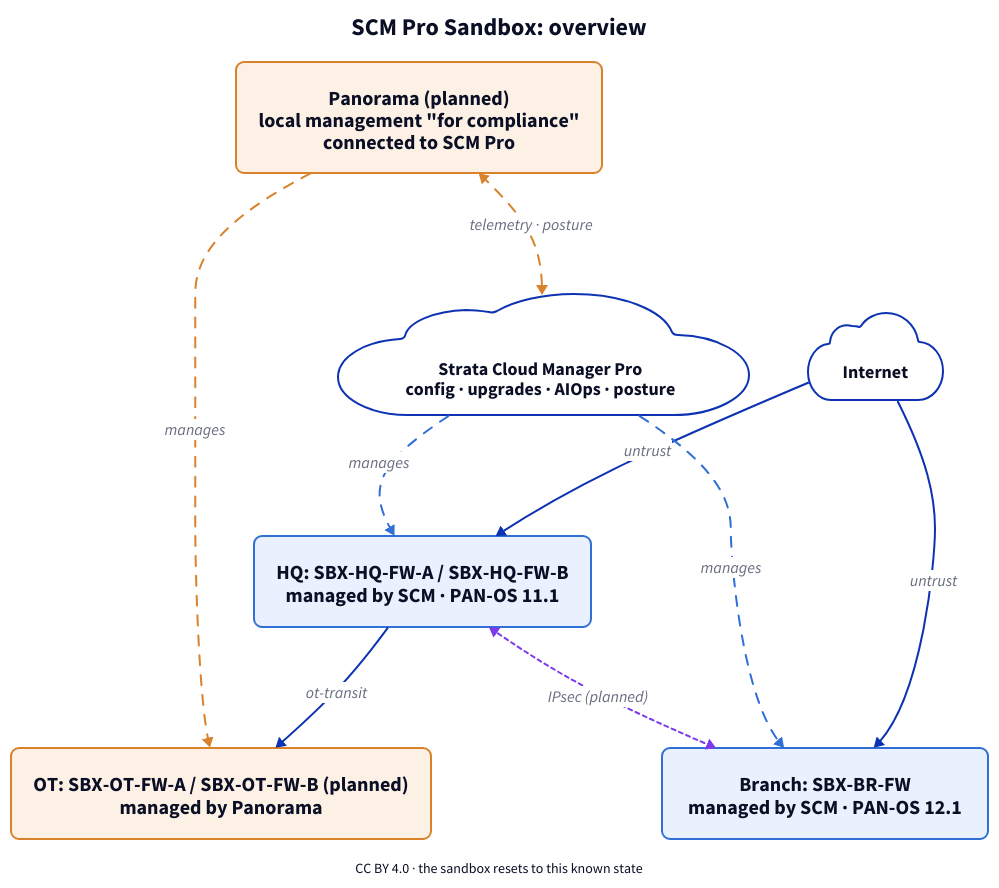
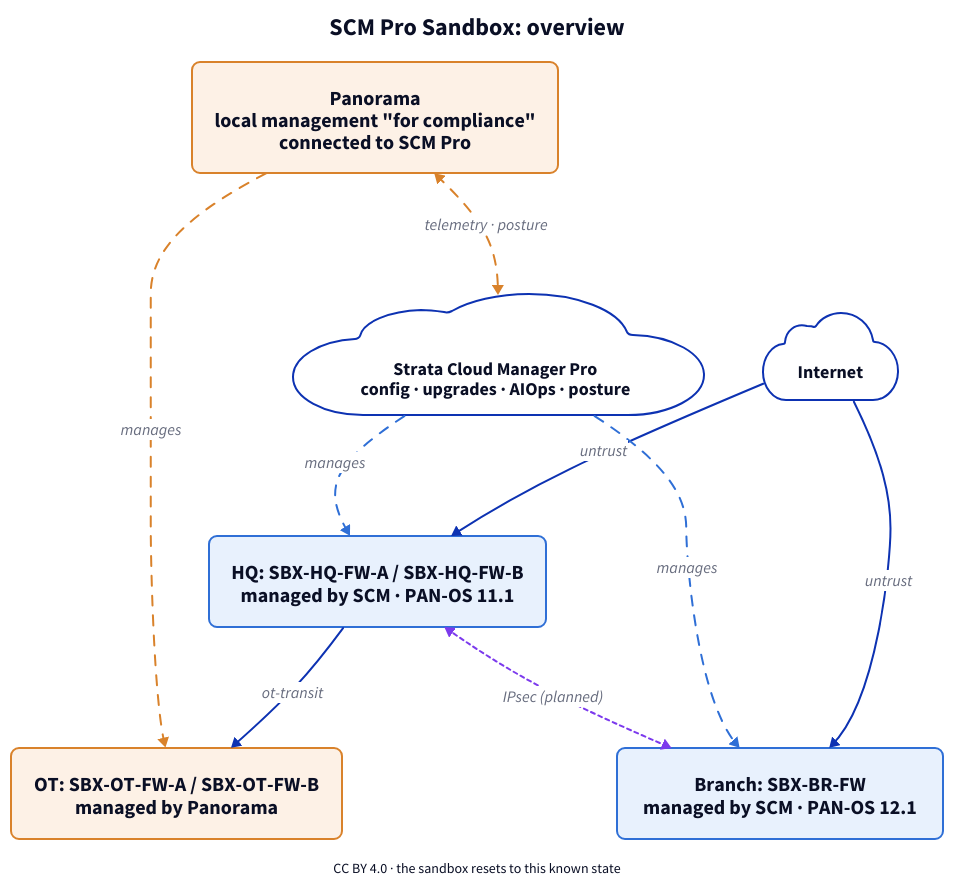
The diagram in drawings/overview.d2 (gegrsyn/SCMPro-Sandbox), drawn with D2 before and after one commit. The commit also changed 6 other files, not shown here.

```diff
--- a/drawings/overview.d2
+++ b/drawings/overview.d2
@@ -1,36 +1,36 @@
 direction: down
 title: "SCM Pro Sandbox: overview" {near: top-center; shape: text; style.font-size: 24; style.bold: true}
 
 scm: {
   label: "Strata Cloud Manager Pro\nconfig · upgrades · AIOps · posture"
   shape: cloud; style: {font-size: 18}
 }
 internet: {
   label: "Internet"
   shape: cloud; style: {font-size: 18}
 }
 hq: {
   label: "HQ: SBX-HQ-FW-A / SBX-HQ-FW-B\nmanaged by SCM · PAN-OS 11.1"
   style: {fill: "#e8f1fd"; stroke: "#2f6fd6"; border-radius: 8; font-size: 20}
 }
 internet -> hq: "untrust" {style: {font-size: 16}}
 scm -> hq: manages {style: {stroke: "#2f6fd6"; stroke-dash: 5; font-size: 16}}
 branch: {
   label: "Branch: SBX-BR-FW\nmanaged by SCM · PAN-OS 12.1"
   style: {fill: "#e8f1fd"; stroke: "#2f6fd6"; border-radius: 8; font-size: 20}
 }
 internet -> branch: "untrust" {style: {font-size: 16}}
 scm -> branch: manages {style: {stroke: "#2f6fd6"; stroke-dash: 5; font-size: 16}}
 hq <-> branch: "IPsec (planned)" {style: {stroke: "#7c3aed"; stroke-dash: 2; font-size: 16}}
 panorama: {
-  label: "Panorama (planned)\nlocal management \"for compliance\"\nconnected to SCM Pro"
+  label: "Panorama\nlocal management \"for compliance\"\nconnected to SCM Pro"
   style: {fill: "#fdf1e6"; stroke: "#d9822b"; border-radius: 8; font-size: 20}
 }
 ot: {
-  label: "OT: SBX-OT-FW-A / SBX-OT-FW-B (planned)\nmanaged by Panorama"
+  label: "OT: SBX-OT-FW-A / SBX-OT-FW-B\nmanaged by Panorama"
   style: {fill: "#fdf1e6"; stroke: "#d9822b"; border-radius: 8; font-size: 20}
 }
 hq -> ot: "ot-transit" {style: {font-size: 16}}
 panorama -> ot: manages {style: {stroke: "#d9822b"; stroke-dash: 5; font-size: 16}}
 panorama <-> scm: "telemetry · posture" {style: {stroke: "#d9822b"; stroke-dash: 5; font-size: 16}}
 foot: "CC BY 4.0 · the sandbox resets to this known state" {shape: text; near: bottom-center; style.font-size: 14}
```
